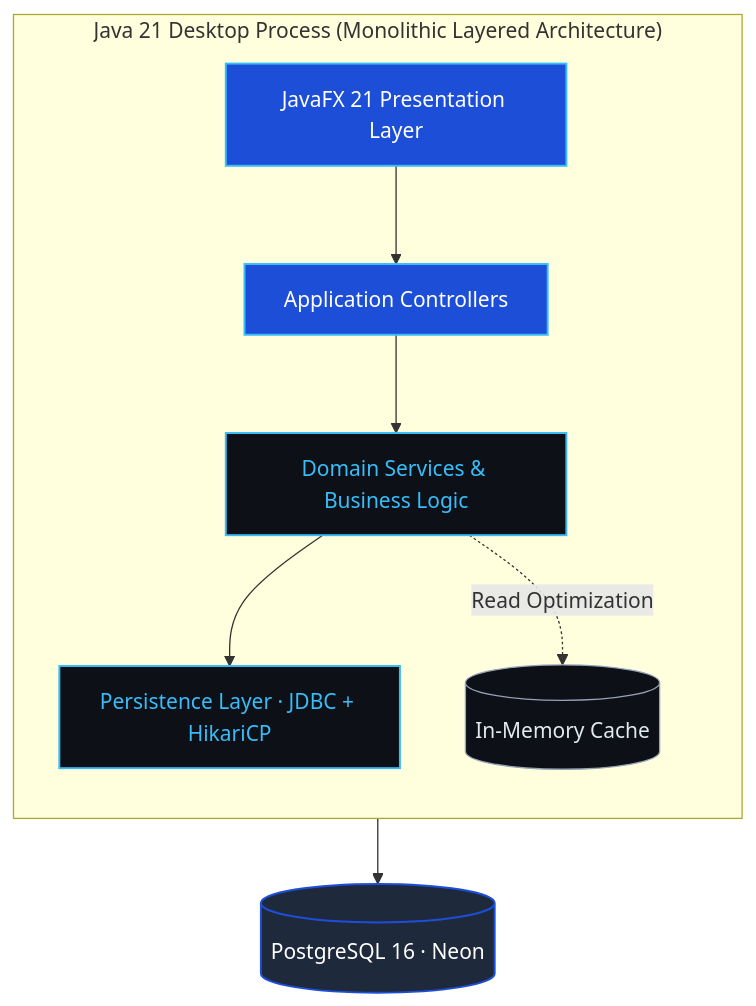
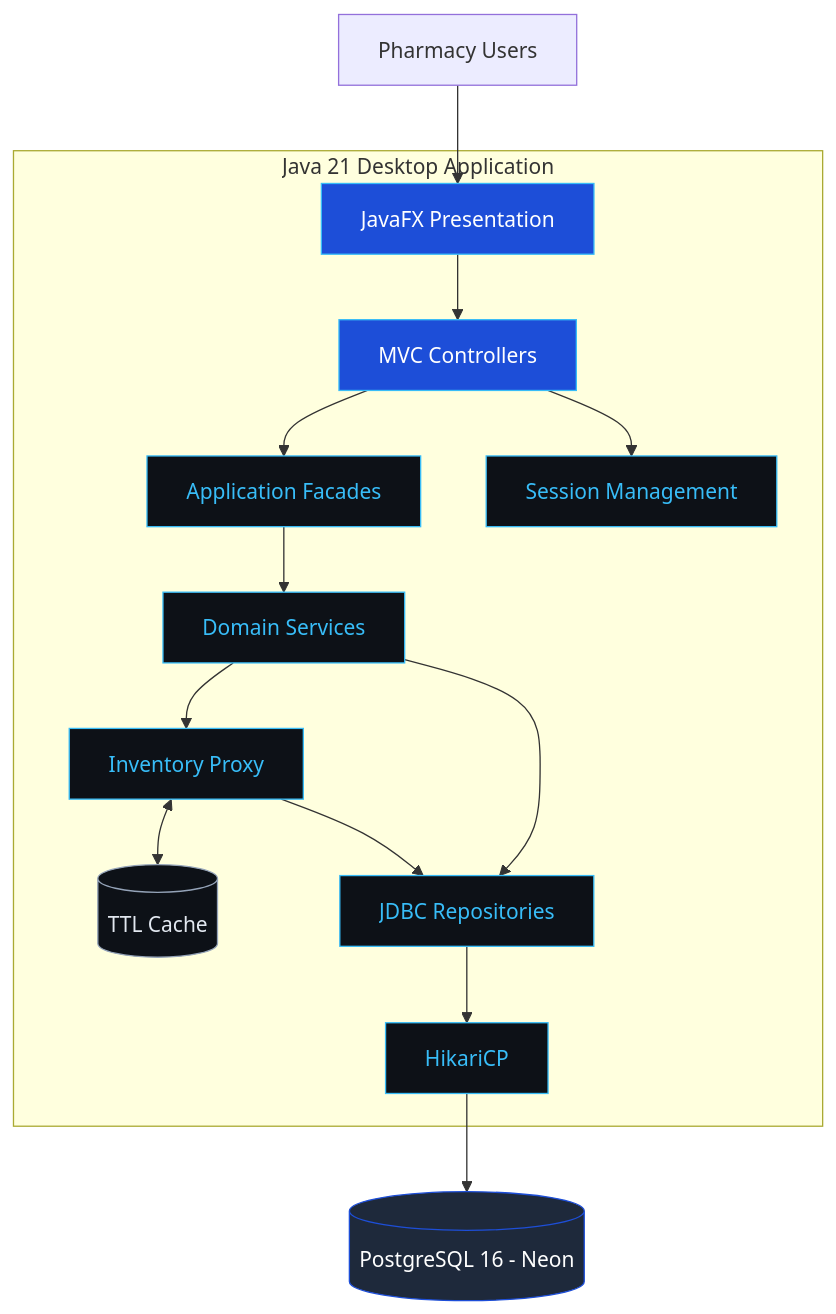
One commit to Mateosalazar543/Mateosalazar543 changed the first of 6 diagrams in README.md. Above: the diagram before and after it, drawn with Mermaid. The commit also changed other lines of this file, not shown here.

````diff
--- a/README.md
+++ b/README.md
@@ -154,17 +358,36 @@
 ```mermaid
 flowchart TB
-    subgraph Client_Process["Java 21 Desktop Process (Monolithic Layered Architecture)"]
-        direction TB
-        A["JavaFX 21 Presentation Layer"]:::ui --> B["Application Controllers"]:::ui
-        B --> C["Domain Services & Business Logic"]:::logic
-        C --> D["Persistence Layer · JDBC + HikariCP"]:::logic
-        C -. "Read Optimization" .-> F[("In-Memory Cache")]:::cache
+    U["Pharmacy Users"]
+
+    subgraph APP["Java 21 Desktop Application"]
+        UI["JavaFX Presentation"]:::ui
+        C["MVC Controllers"]:::ui
+        F["Application Facades"]:::logic
+        S["Domain Services"]:::logic
+        P["Inventory Proxy"]:::logic
+        CACHE[("TTL Cache")]:::cache
+        SESSION["Session Management"]:::logic
+        R["JDBC Repositories"]:::logic
+        POOL["HikariCP"]:::logic
+
+        UI --> C
+        C --> F
+        C --> SESSION
+        F --> S
+        S --> P
+        P <--> CACHE
+        P --> R
+        S --> R
+        R --> POOL
     end
 
-    D --> E[("PostgreSQL 16 · Neon")]:::data
+    DB[("PostgreSQL 16 - Neon")]:::data
 
-    classDef ui fill:#1D4ED8,stroke:#38BDF8,color:#FFFFFF,stroke-width:1.5px
-    classDef logic fill:#0D1117,stroke:#38BDF8,color:#38BDF8,stroke-width:1.5px
-    classDef data fill:#1E293B,stroke:#1D4ED8,color:#FFFFFF,stroke-width:1.5px
-    classDef cache fill:#0D1117,stroke:#94A3B8,color:#E2E8F0,stroke-width:1px
+    U --> UI
+    POOL --> DB
+
+    classDef ui fill:#1D4ED8,stroke:#38BDF8,color:#FFFFFF
+    classDef logic fill:#0D1117,stroke:#38BDF8,color:#38BDF8
+    classDef data fill:#1E293B,stroke:#1D4ED8,color:#FFFFFF
+    classDef cache fill:#0D1117,stroke:#94A3B8,color:#E2E8F0
 ```
````
